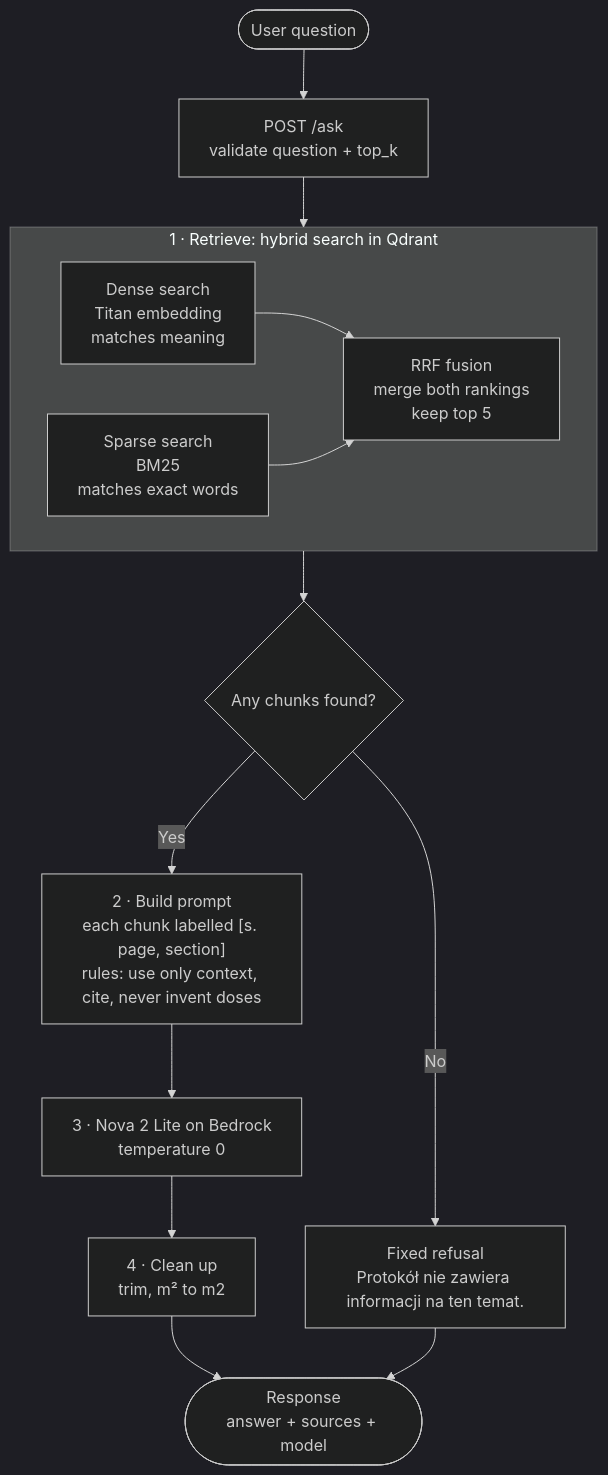
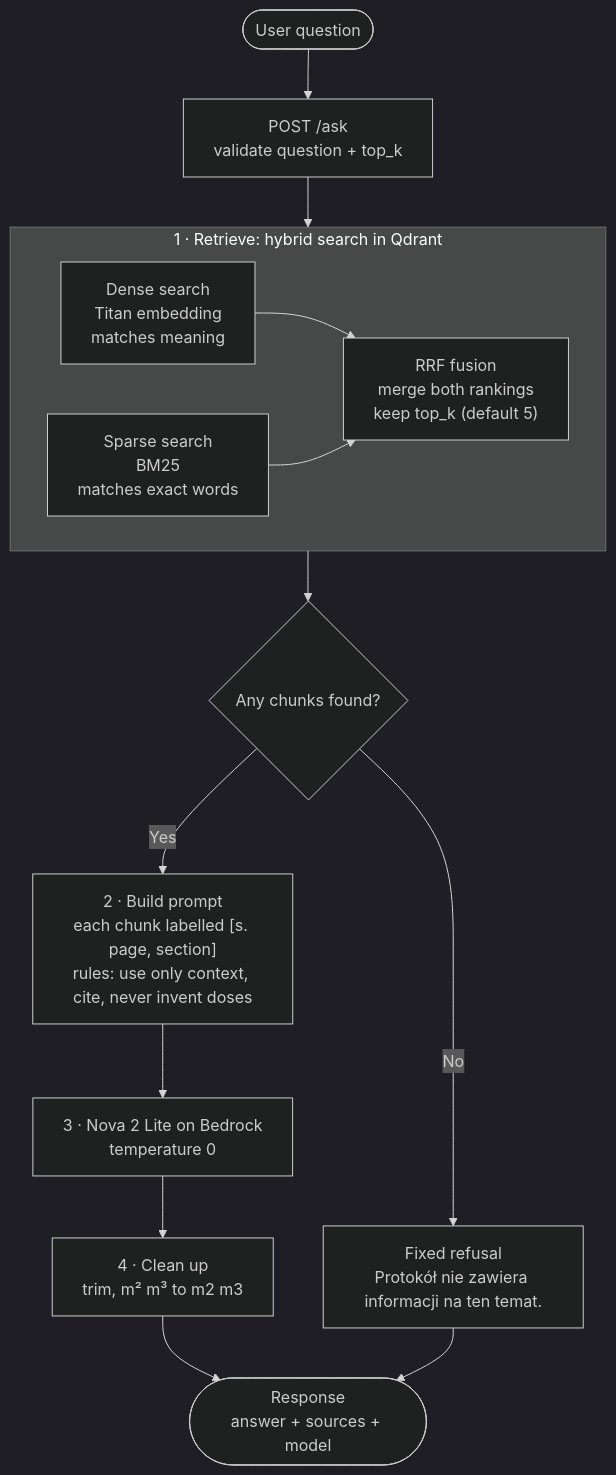
The first of 2 diagrams in docs/ask-flow.md (Guesswhoisback99/leukemia-agent), drawn with Mermaid (dark theme) before and after one commit. The commit also changed other lines of this file and 6 other files, not shown here.

````diff
--- a/docs/ask-flow.md
+++ b/docs/ask-flow.md
@@ -8,23 +8,23 @@
 ```mermaid
 flowchart TD
     U(["User question"]) --> API["POST /ask<br/>validate question + top_k"]
     API --> R
 
     subgraph R["1 · Retrieve: hybrid search in Qdrant"]
         direction LR
         D["Dense search<br/>Titan embedding<br/>matches meaning"]
         S["Sparse search<br/>BM25<br/>matches exact words"]
-        F["RRF fusion<br/>merge both rankings<br/>keep top 5"]
+        F["RRF fusion<br/>merge both rankings<br/>keep top_k (default 5)"]
         D --> F
         S --> F
     end
 
     R --> Q{"Any chunks found?"}
     Q -- No --> REF["Fixed refusal<br/>Protokół nie zawiera informacji na ten temat."]
     Q -- Yes --> P["2 · Build prompt<br/>each chunk labelled [s. page, section]<br/>rules: use only context, cite, never invent doses"]
     P --> LLM["3 · Nova 2 Lite on Bedrock<br/>temperature 0"]
-    LLM --> CL["4 · Clean up<br/>trim, m² to m2"]
+    LLM --> CL["4 · Clean up<br/>trim, m² m³ to m2 m3"]
     CL --> OUT
     REF --> OUT
     OUT(["Response<br/>answer + sources + model"])
 ```
````
